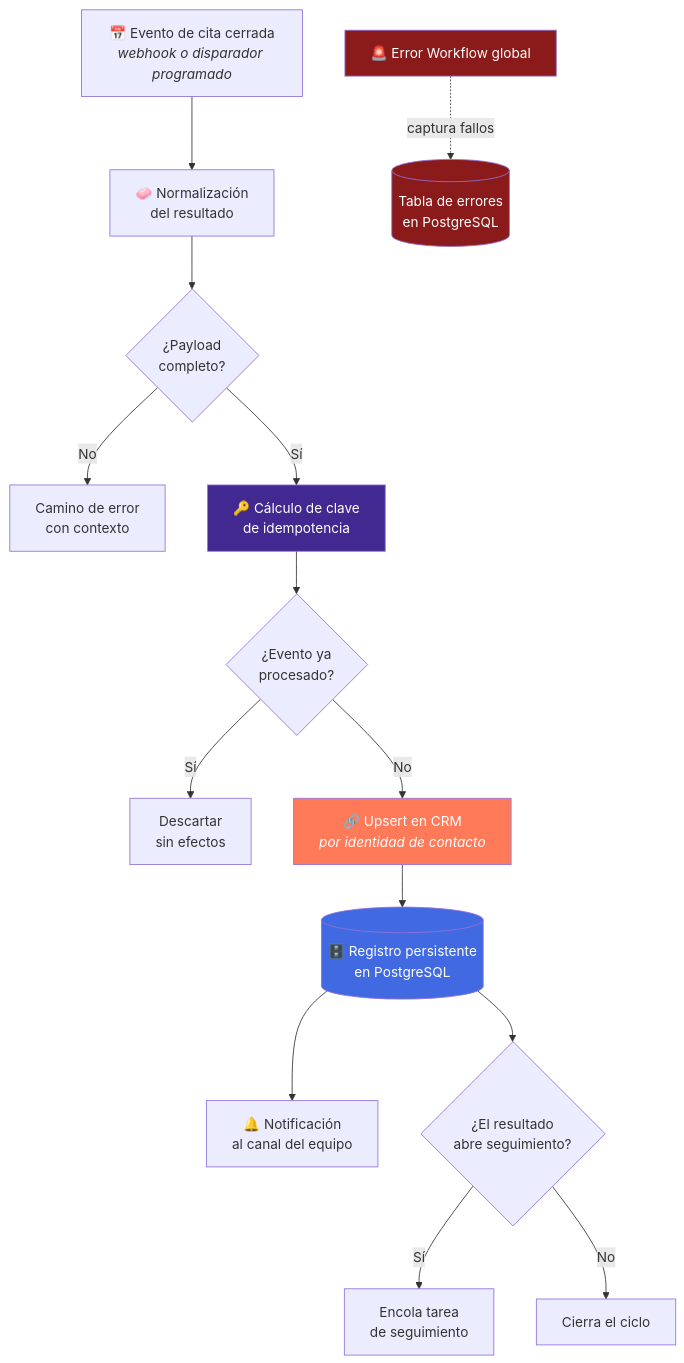
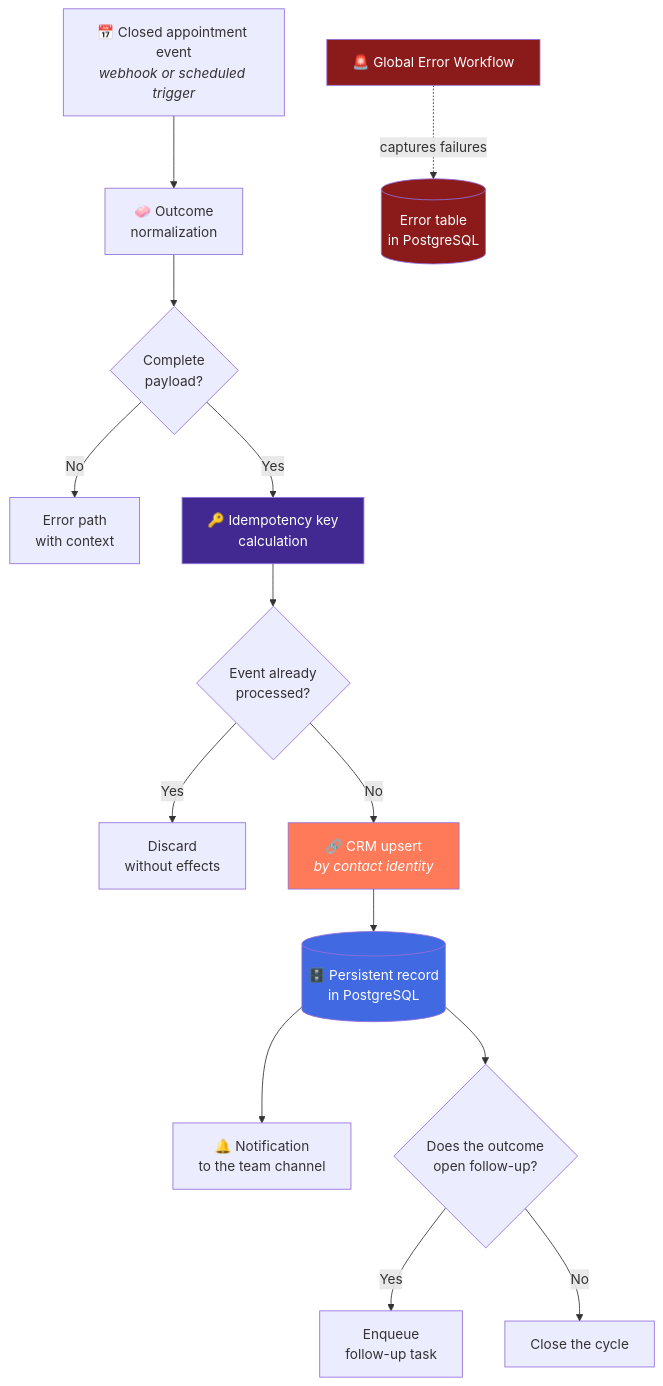
The first of 2 diagrams in projects/appointment-automation/README.md (BhrayanM/Portafolio), drawn with Mermaid before and after one commit. The commit also changed other lines of this file and 59 other files, not shown here.

````diff
--- a/projects/appointment-automation/README.md
+++ b/projects/appointment-automation/README.md
@@ -44,23 +45,23 @@
 ```mermaid
 flowchart TD
-    A["📅 Evento de cita cerrada<br/><i>webhook o disparador programado</i>"] --> B["🧼 Normalización<br/>del resultado"]
-    B --> C{"¿Payload<br/>completo?"}
-    C -- No --> C1["Camino de error<br/>con contexto"]
-    C -- Sí --> D["🔑 Cálculo de clave<br/>de idempotencia"]
-    D --> E{"¿Evento ya<br/>procesado?"}
-    E -- Sí --> E1["Descartar<br/>sin efectos"]
-    E -- No --> F["🔗 Upsert en CRM<br/><i>por identidad de contacto</i>"]
-    F --> G[("🗄️ Registro persistente<br/>en PostgreSQL")]
-    G --> H["🔔 Notificación<br/>al canal del equipo"]
-    G --> I{"¿El resultado<br/>abre seguimiento?"}
-    I -- Sí --> J["Encola tarea<br/>de seguimiento"]
-    I -- No --> K["Cierra el ciclo"]
+    A["📅 Closed appointment event<br/><i>webhook or scheduled trigger</i>"] --> B["🧼 Outcome<br/>normalization"]
+    B --> C{"Complete<br/>payload?"}
+    C -- No --> C1["Error path<br/>with context"]
+    C -- Yes --> D["🔑 Idempotency key<br/>calculation"]
+    D --> E{"Event already<br/>processed?"}
+    E -- Yes --> E1["Discard<br/>without effects"]
+    E -- No --> F["🔗 CRM upsert<br/><i>by contact identity</i>"]
+    F --> G[("🗄️ Persistent record<br/>in PostgreSQL")]
+    G --> H["🔔 Notification<br/>to the team channel"]
+    G --> I{"Does the outcome<br/>open follow-up?"}
+    I -- Yes --> J["Enqueue<br/>follow-up task"]
+    I -- No --> K["Close the cycle"]
 
-    L["🚨 Error Workflow global"] -.captura fallos.-> M[("Tabla de errores<br/>en PostgreSQL")]
+    L["🚨 Global Error Workflow"] -.captures failures.-> M[("Error table<br/>in PostgreSQL")]
 
     style D fill:#412991,color:#fff
     style F fill:#FF7A59,color:#fff
     style G fill:#4169E1,color:#fff
     style L fill:#8b1a1a,color:#fff
     style M fill:#8b1a1a,color:#fff
 ```
````
